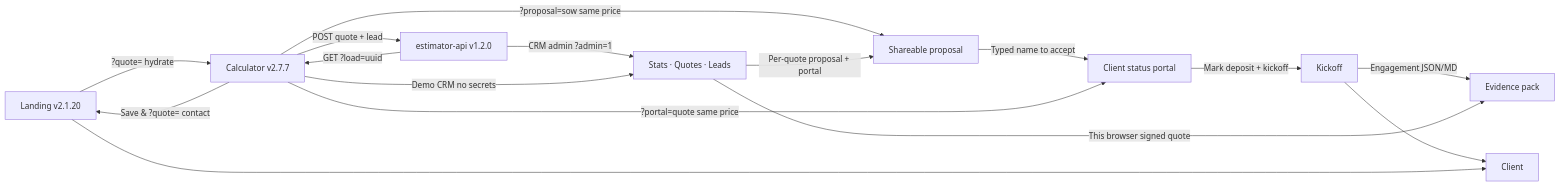
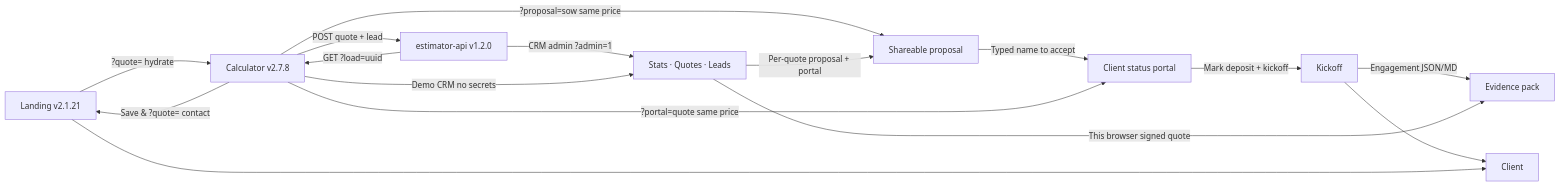
One commit to pixellayer7-jpg/pixellayer7-jpg changed the diagram in README.md. Above: the diagram before and after it, drawn with Mermaid. The commit also changed other lines of this file and 4 other files, not shown here.

Commit message:
Sync docs: React 19 (Landing v2.1.21, Calculator v2.7.8)

````diff
--- a/README.md
+++ b/README.md
@@ -21,18 +21,18 @@
 ```mermaid
 flowchart LR
-  A[Landing v2.1.20] -->|?quote= hydrate| B[Calculator v2.7.7]
+  A[Landing v2.1.21] -->|?quote= hydrate| B[Calculator v2.7.8]
   B -->|Save & ?quote= contact| A
   B -->|?proposal=sow same price| R[Shareable proposal]
   R -->|Typed name to accept| P[Client status portal]
   P -->|Mark deposit + kickoff| K[Kickoff]
   K -->|Engagement JSON/MD| X[Evidence pack]
   B -->|?portal=quote same price| P
   B -->|POST quote + lead| D[estimator-api v1.2.0]
   D -->|CRM admin ?admin=1| E[Stats · Quotes · Leads]
   B -->|Demo CRM no secrets| E
   E -->|This browser signed quote| X
   E -->|Per-quote proposal + portal| R
   K --> F[Client]
   D -->|GET ?load=uuid| B
   A --> F[Client]
 ```
````
